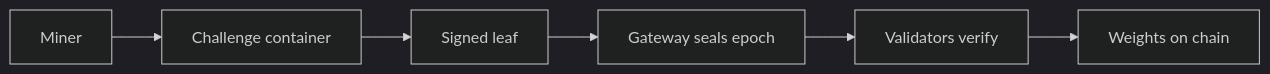
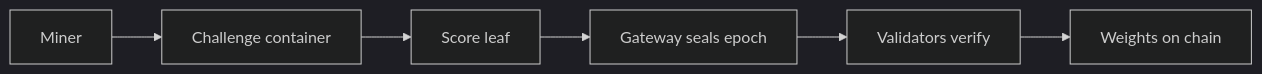
Before and after one commit to CortexLM/cortex: the first of 2 diagrams in README.md, drawn with Mermaid (dark theme). The commit also changed other lines of this file and 23 other files, not shown here.

First line of the commit message:
docs,deploy: drop gateway/leaf keys, keygen and signature docs for wire v2

````diff
--- a/README.md
+++ b/README.md
@@ -77,4 +77,4 @@
 ```mermaid
 flowchart LR
-    M["Miner"] --> C["Challenge container"] --> L["Signed leaf"] --> G["Gateway seals epoch"] --> V["Validators verify"] --> N["Weights on chain"]
+    M["Miner"] --> C["Challenge container"] --> L["Score leaf"] --> G["Gateway seals epoch"] --> V["Validators verify"] --> N["Weights on chain"]
 ```
````
